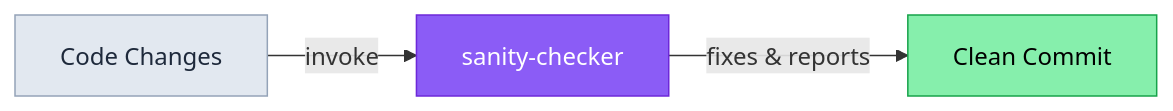
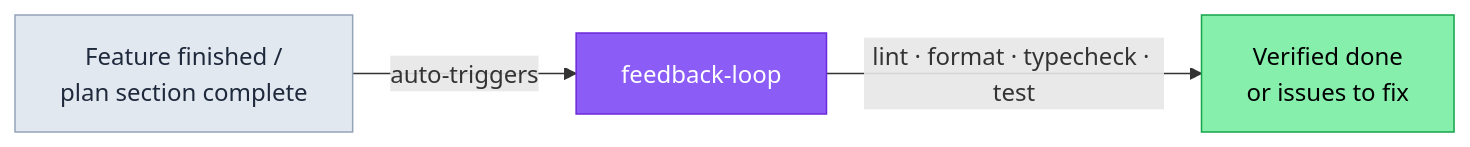
Before and after one commit to TheLampshady/repokit: the fifth of 5 diagrams in README.md, drawn with Mermaid. The commit also changed other lines of this file and 39 other files, not shown here.

````diff
--- a/README.md
+++ b/README.md
@@ -309,14 +305,14 @@
 ```mermaid
 graph LR
-    Code["Code Changes"]
-    Sanity["sanity-checker"]
-    Result["Clean Commit"]
+    Done["Feature finished /<br/>plan section complete"]
+    FeedbackLoop["feedback-loop"]
+    Result["Verified done<br/>or issues to fix"]
 
-    Code -->|"invoke"| Sanity -->|"fixes & reports"| Result
+    Done -->|"auto-triggers"| FeedbackLoop -->|"lint · format · typecheck · test"| Result
 
     classDef agent fill:#8b5cf6,stroke:#6d28d9,color:#fff
     classDef output fill:#86efac,stroke:#16a34a,color:#000
-    class Sanity agent
+    class FeedbackLoop agent
     class Result output
-    style Code fill:#e2e8f0,stroke:#94a3b8,color:#1e293b
+    style Done fill:#e2e8f0,stroke:#94a3b8,color:#1e293b
 ```
````
